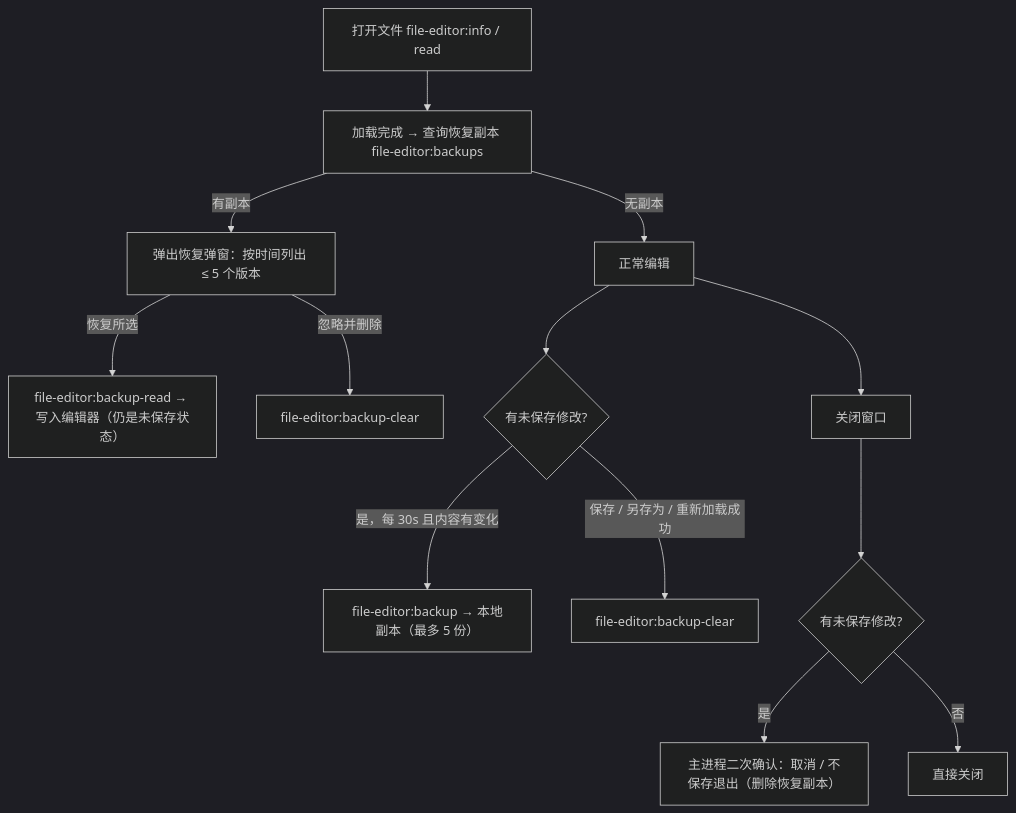
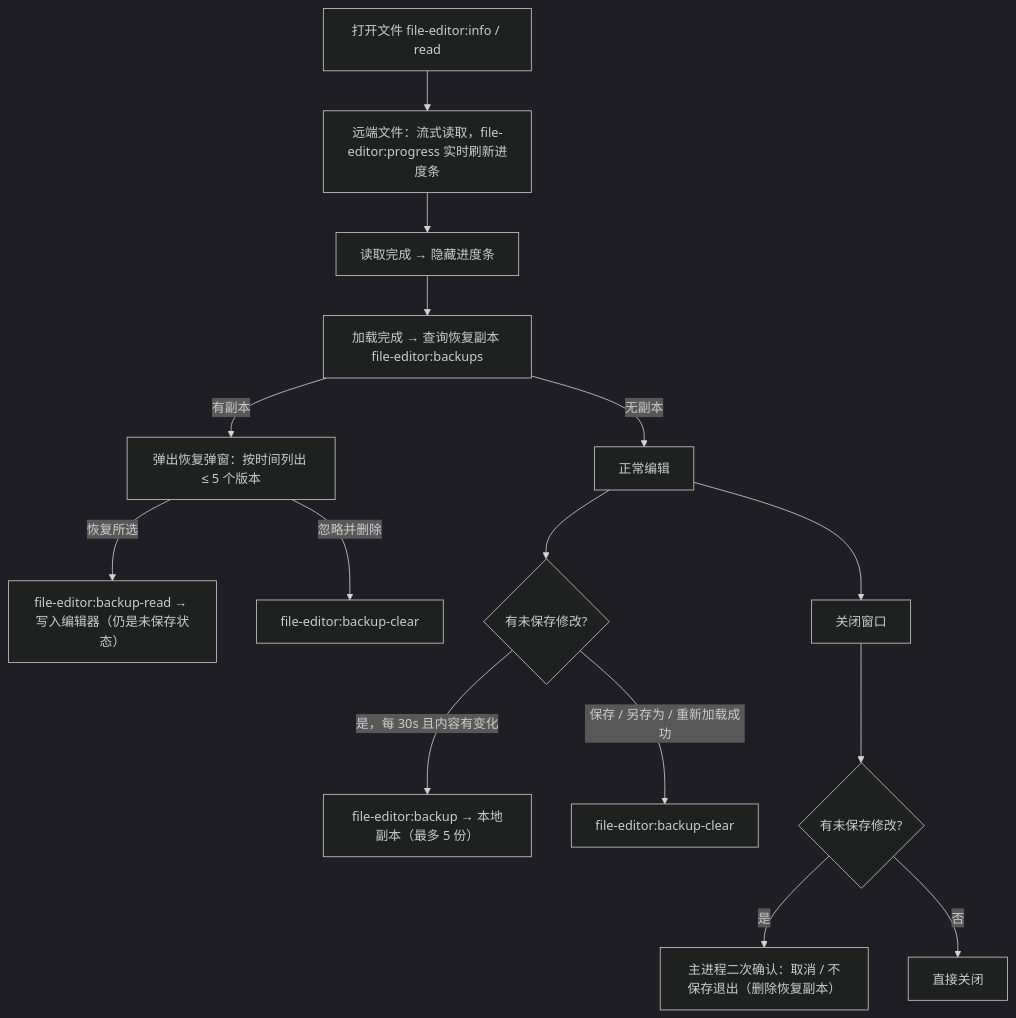
Before and after one commit to o8x/vessel: the sixth of 7 diagrams in docs/prd/06-flowcharts.md, drawn with Mermaid (dark theme). The commit also changed 11 other files, not shown here.

Commit message:
feat: show a live progress bar when opening remote files in the built-in editor

````diff
--- a/docs/prd/06-flowcharts.md
+++ b/docs/prd/06-flowcharts.md
@@ -105,15 +105,17 @@
 ```mermaid
 flowchart TD
-  A[打开文件 file-editor:info / read] --> B[加载完成 → 查询恢复副本 file-editor:backups]
+  A[打开文件 file-editor:info / read] --> A1[远端文件：流式读取，file-editor:progress 实时刷新进度条]
+  A1 --> A2[读取完成 → 隐藏进度条]
+  A2 --> B[加载完成 → 查询恢复副本 file-editor:backups]
   B -->|有副本| C[弹出恢复弹窗：按时间列出 ≤ 5 个版本]
   C -->|恢复所选| D[file-editor:backup-read → 写入编辑器（仍是未保存状态）]
   C -->|忽略并删除| E[file-editor:backup-clear]
   B -->|无副本| F[正常编辑]
   F --> G{有未保存修改?}
   G -->|是，每 30s 且内容有变化| H[file-editor:backup → 本地副本（最多 5 份）]
   G -->|保存 / 另存为 / 重新加载成功| I[file-editor:backup-clear]
   F --> J[关闭窗口]
   J --> K{有未保存修改?}
   K -->|是| L[主进程二次确认：取消 / 不保存退出（删除恢复副本）]
   K -->|否| M[直接关闭]
 ```
````
